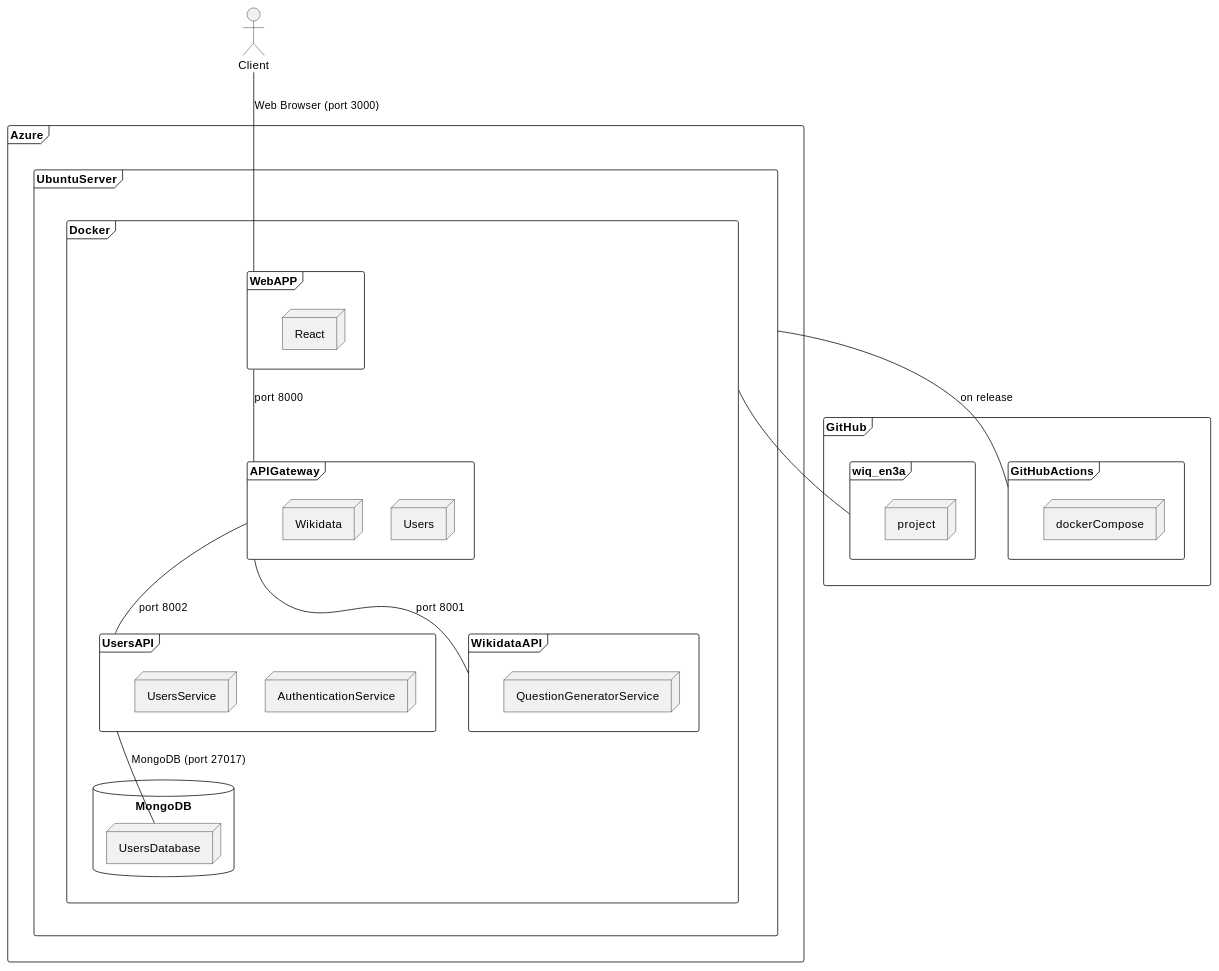
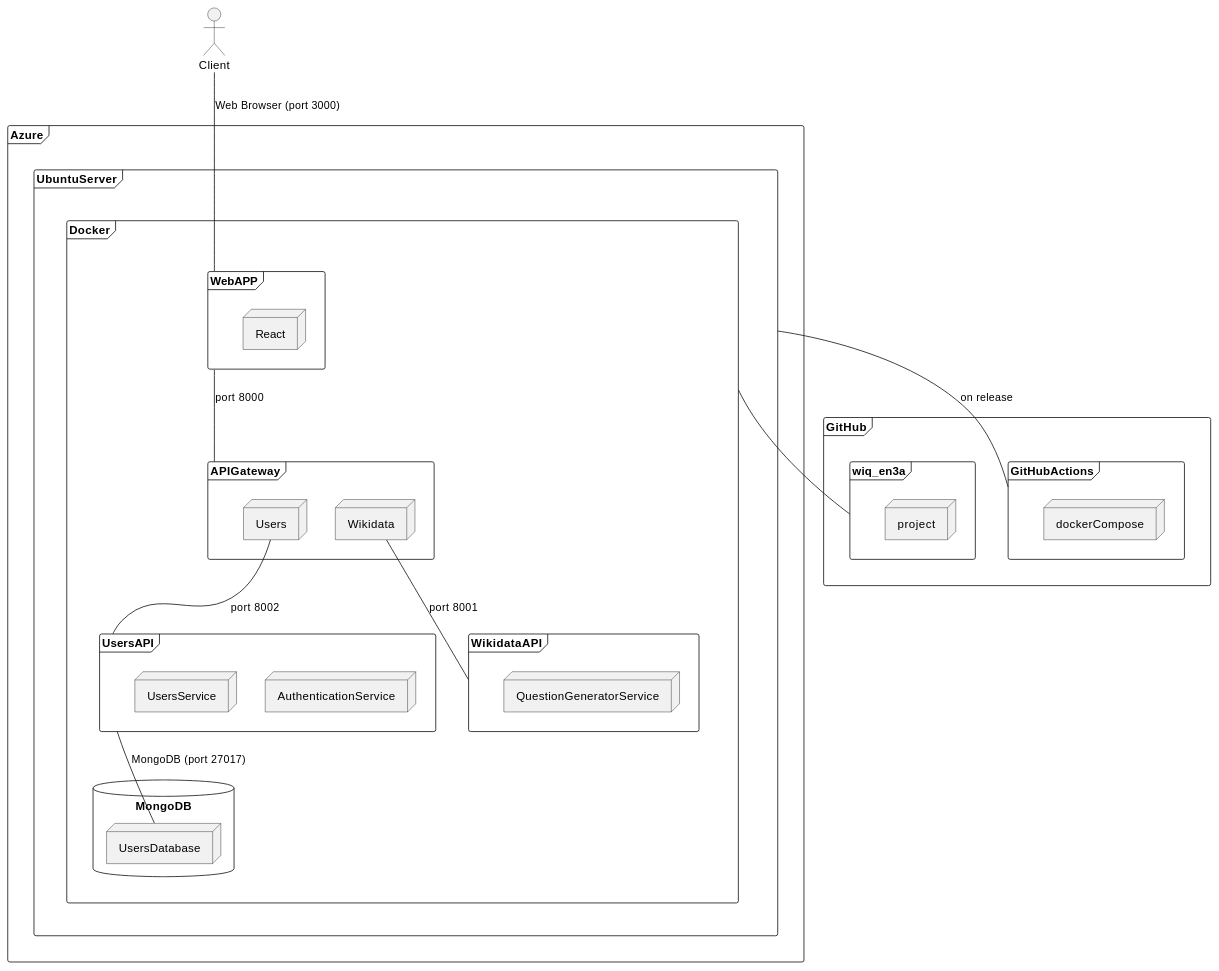
The diagram in docs/src/07_deployment_view.adoc (UO289930/wiq_en3a), drawn with PlantUML before and after one commit.

Commit message:
Quick fix

```diff
--- a/docs/src/07_deployment_view.adoc
+++ b/docs/src/07_deployment_view.adoc
@@ -98,57 +98,57 @@
 [plantuml, target=deployment-diagram, format=png]
 ....
 actor client as "Client"
 frame Azure {
     frame UbuntuServer {
         frame Docker {
 
 
             frame WebAPP {
                 node React
             }
 
             frame APIGateway {
                 node Users
 
                 node Wikidata
             }
 
             database MongoDB {
                 node UsersDatabase
             }
 
             frame UsersAPI {
                 node AuthenticationService
 
                 node UsersService
             }
 
             frame WikidataAPI {
                 node QuestionGeneratorService
             }
         }
     }
 }
 
 frame GitHub{
 
         frame GitHubActions{
             node dockerCompose
         }
 
         frame wiq_en3a{
             node project
         }
 
     }
 
 
 WebAPP -- APIGateway : port 8000
-APIGateway -- WikidataAPI: port 8001
-APIGateway -- UsersAPI : port 8002
+Wikidata -- WikidataAPI: port 8001
+Users -- UsersAPI : port 8002
 UsersAPI -- UsersDatabase : MongoDB (port 27017)
 client -- WebAPP : Web Browser (port 3000)
 
 GitHubActions -- UbuntuServer : on release
 Docker -- wiq_en3a
 ....
```
